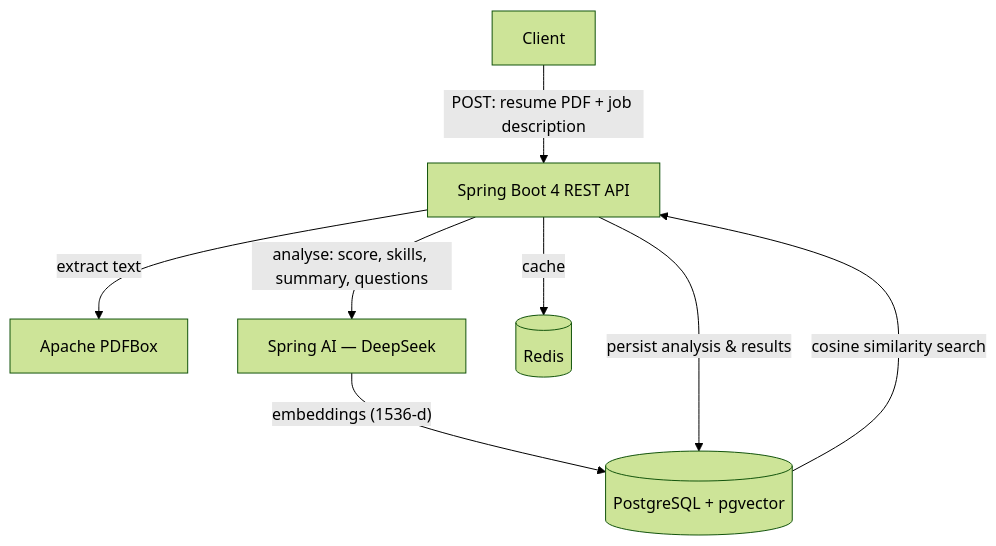
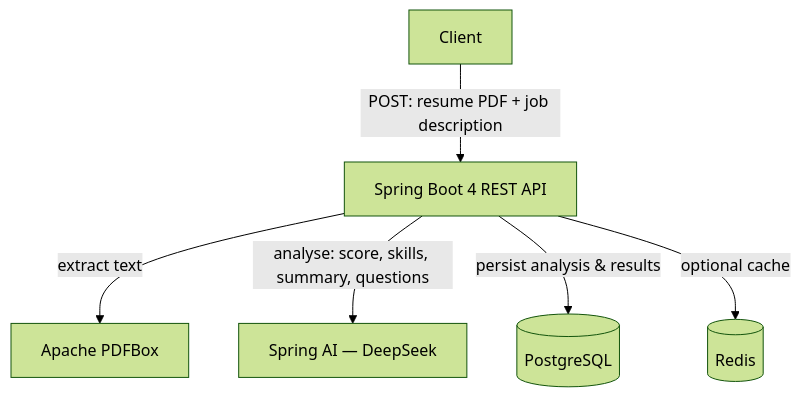
Before and after one commit to srikanthchandra174/resume-analyzer: the diagram in README.md, drawn with Mermaid (forest theme). The commit also changed other lines of this file, not shown here.

````diff
--- a/README.md
+++ b/README.md
@@ -28,10 +27,8 @@
 ```mermaid
 flowchart TD
   C["Client"] -->|"POST: resume PDF + job description"| API["Spring Boot 4 REST API"]
   API -->|extract text| PDF["Apache PDFBox"]
   API -->|"analyse: score, skills, summary, questions"| AI["Spring AI — DeepSeek"]
-  AI -->|"embeddings (1536-d)"| PG[("PostgreSQL + pgvector")]
-  API -->|persist analysis & results| PG
-  API -->|cache| REDIS[("Redis")]
-  PG -->|cosine similarity search| API
+  API -->|persist analysis & results| PG[("PostgreSQL")]
+  API -->|optional cache| REDIS[("Redis")]
 ```
````
